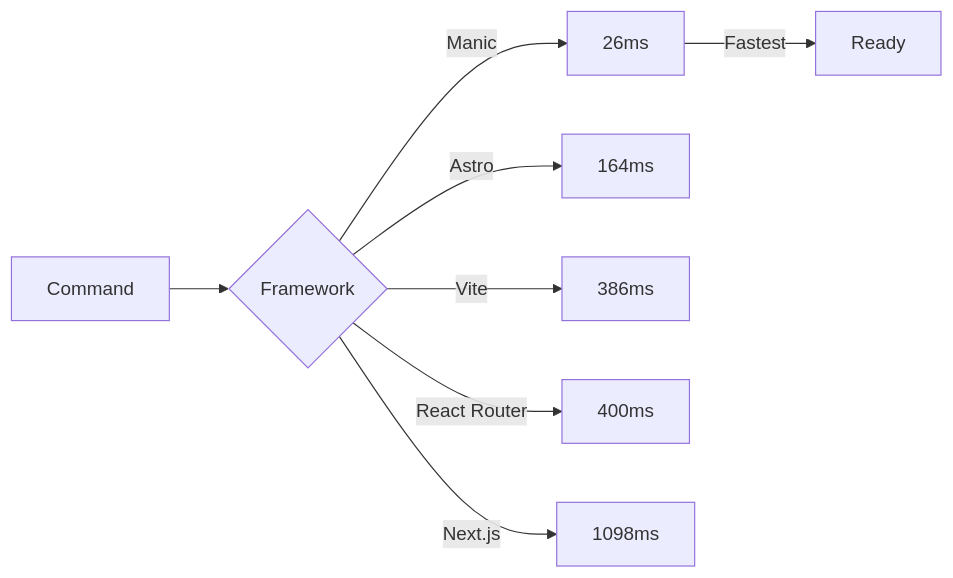
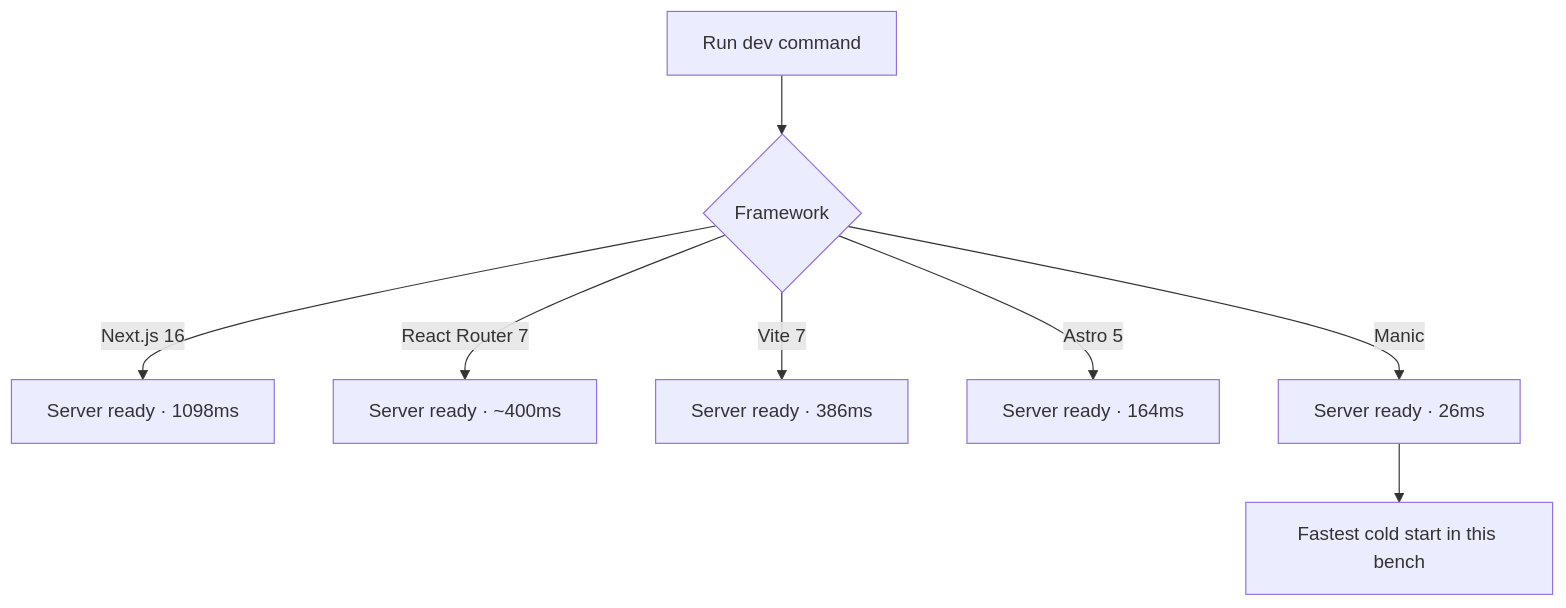
Before and after one commit to manic-js/docs: the first of 4 diagrams in content/docs/framework/benchmarks.mdx, drawn with Mermaid. The commit also changed other lines of this file and 1 other file, not shown here.

````diff
--- a/content/docs/framework/benchmarks.mdx
+++ b/content/docs/framework/benchmarks.mdx
@@ -33,11 +33,10 @@
 ```mermaid
-graph LR
-    A[Command] --> B{Framework}
-    B -->|Manic| C[26ms]
-    B -->|Astro| D[164ms]
-    B -->|Vite| E[386ms]
-    B -->|React Router| F[400ms]
-    B -->|Next.js| G[1098ms]
-    
-    C -->|Fastest| H[Ready]
+flowchart TB
+    A[Run dev command] --> B{Framework}
+    B -->|Next.js 16| G["Server ready · 1098ms"]
+    B -->|React Router 7| F["Server ready · ~400ms"]
+    B -->|Vite 7| E["Server ready · 386ms"]
+    B -->|Astro 5| D["Server ready · 164ms"]
+    B -->|Manic| C["Server ready · 26ms"]
+    C --> H[Fastest cold start in this bench]
 ```
````
